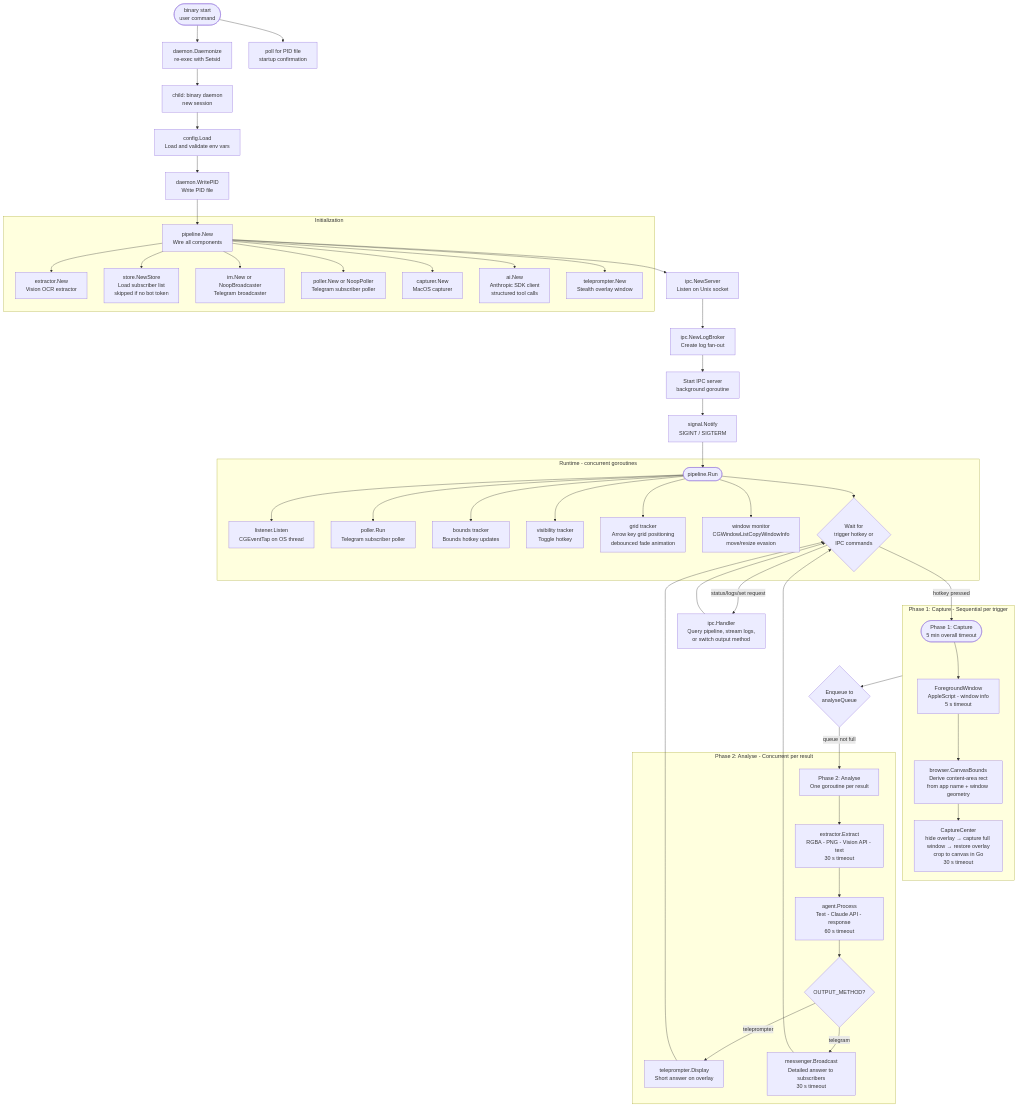
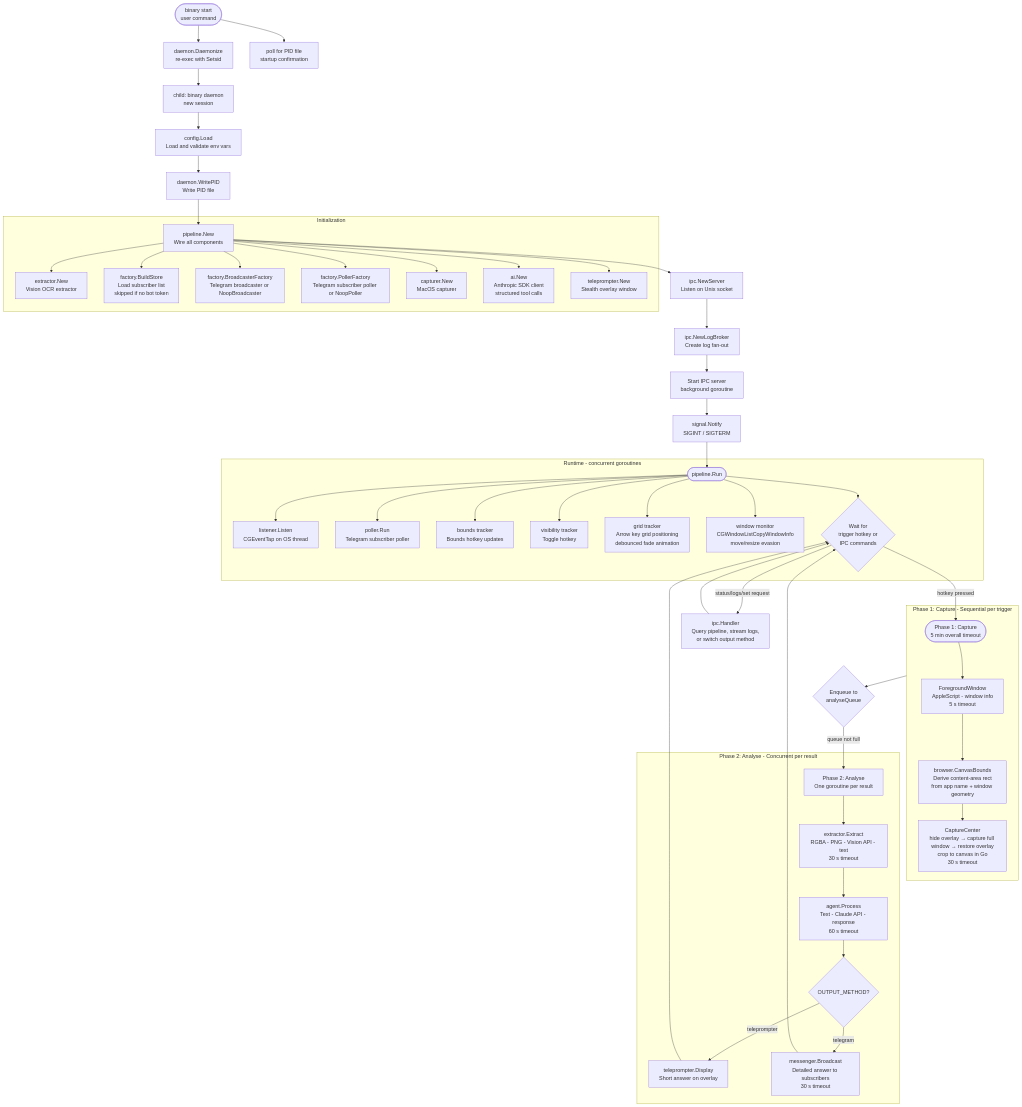
One commit to vdyalex/lens-daemon changed the first of 3 diagrams in docs/ARCHITECTURE.md. Above: the diagram before and after it, drawn with Mermaid. The commit also changed other lines of this file and 18 other files, not shown here.

````diff
--- a/docs/ARCHITECTURE.md
+++ b/docs/ARCHITECTURE.md
@@ -76,60 +83,60 @@
 ```mermaid
 flowchart TD
     A([binary start<br/>user command]) --> B[daemon.Daemonize<br/>re-exec with Setsid]
     B --> C[child: binary daemon<br/>new session]
     A --> D[poll for PID file<br/>startup confirmation]
 
     C --> E[config.Load<br/>Load and validate env vars]
     E --> F[daemon.WritePID<br/>Write PID file]
     F --> G[pipeline.New<br/>Wire all components]
     G --> H[ipc.NewServer<br/>Listen on Unix socket]
 
     subgraph Init[Initialization]
         G --> I[extractor.New<br/>Vision OCR extractor]
-        G --> J[store.NewStore<br/>Load subscriber list<br/>skipped if no bot token]
-        G --> K[im.New or NoopBroadcaster<br/>Telegram broadcaster]
-        G --> L[poller.New or NoopPoller<br/>Telegram subscriber poller]
+        G --> J[factory.BuildStore<br/>Load subscriber list<br/>skipped if no bot token]
+        G --> K[factory.BroadcasterFactory<br/>Telegram broadcaster or NoopBroadcaster]
+        G --> L[factory.PollerFactory<br/>Telegram subscriber poller or NoopPoller]
         G --> M[capturer.New<br/>MacOS capturer]
         G --> N[ai.New<br/>Anthropic SDK client<br/>structured tool calls]
         G --> O2[teleprompter.New<br/>Stealth overlay window]
     end
 
     H --> O[ipc.NewLogBroker<br/>Create log fan-out]
     O --> P[Start IPC server<br/>background goroutine]
     P --> Q[signal.Notify<br/>SIGINT / SIGTERM]
     Q --> R([pipeline.Run])
 
     subgraph Runtime[Runtime - concurrent goroutines]
         R --> S[listener.Listen<br/>CGEventTap on OS thread]
         R --> T[poller.Run<br/>Telegram subscriber poller]
         R --> U[bounds tracker<br/>Bounds hotkey updates]
         R --> U2[visibility tracker<br/>Toggle hotkey]
         R --> U3[grid tracker<br/>Arrow key grid positioning<br/>debounced fade animation]
         R --> U4[window monitor<br/>CGWindowListCopyWindowInfo<br/>move/resize evasion]
         R --> V{Wait for<br/>trigger hotkey or<br/>IPC commands}
     end
 
     V -->|status/logs/set request| W[ipc.Handler<br/>Query pipeline, stream logs,<br/>or switch output method]
     V -->|hotkey pressed| X([Phase 1: Capture<br/>5 min overall timeout])
 
     subgraph Phase1[Phase 1: Capture - Sequential per trigger]
         X --> Y[ForegroundWindow<br/>AppleScript - window info<br/>5 s timeout]
         Y --> Y2[browser.CanvasBounds<br/>Derive content-area rect<br/>from app name + window geometry]
         Y2 --> Z[CaptureCenter<br/>hide overlay → capture full window → restore overlay<br/>crop to canvas in Go<br/>30 s timeout]
     end
 
     Phase1 --> X2{Enqueue to<br/>analyseQueue}
     X2 -->|queue not full| X3[Phase 2: Analyse<br/>One goroutine per result]
 
     subgraph Phase2[Phase 2: Analyse - Concurrent per result]
         X3 --> AA[extractor.Extract<br/>RGBA - PNG - Vision API - text<br/>30 s timeout]
         AA --> AB[agent.Process<br/>Text - Claude API - response<br/>60 s timeout]
         AB --> AC{OUTPUT_METHOD?}
         AC -->|teleprompter| AD[teleprompter.Display<br/>Short answer on overlay]
         AC -->|telegram| AE[messenger.Broadcast<br/>Detailed answer to subscribers<br/>30 s timeout]
     end
 
     AD --> V
     AE --> V
     W --> V
 ```
````
